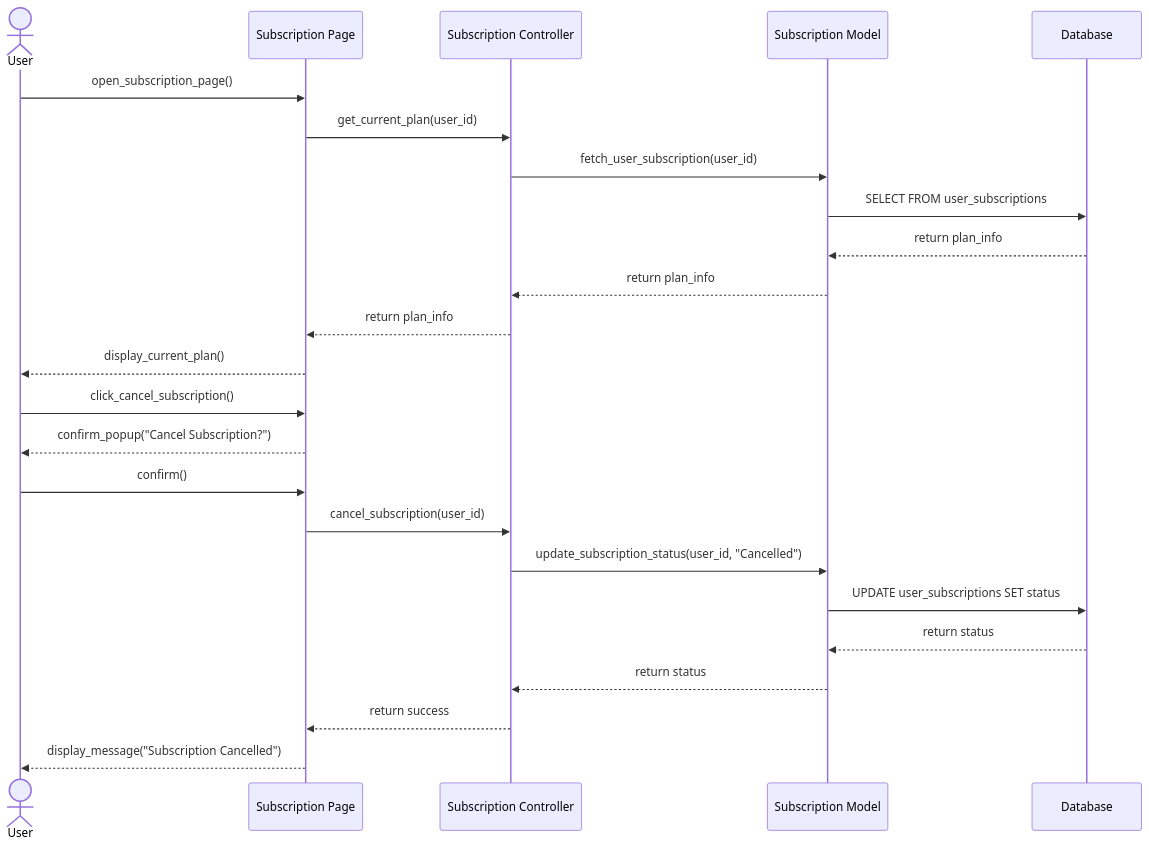
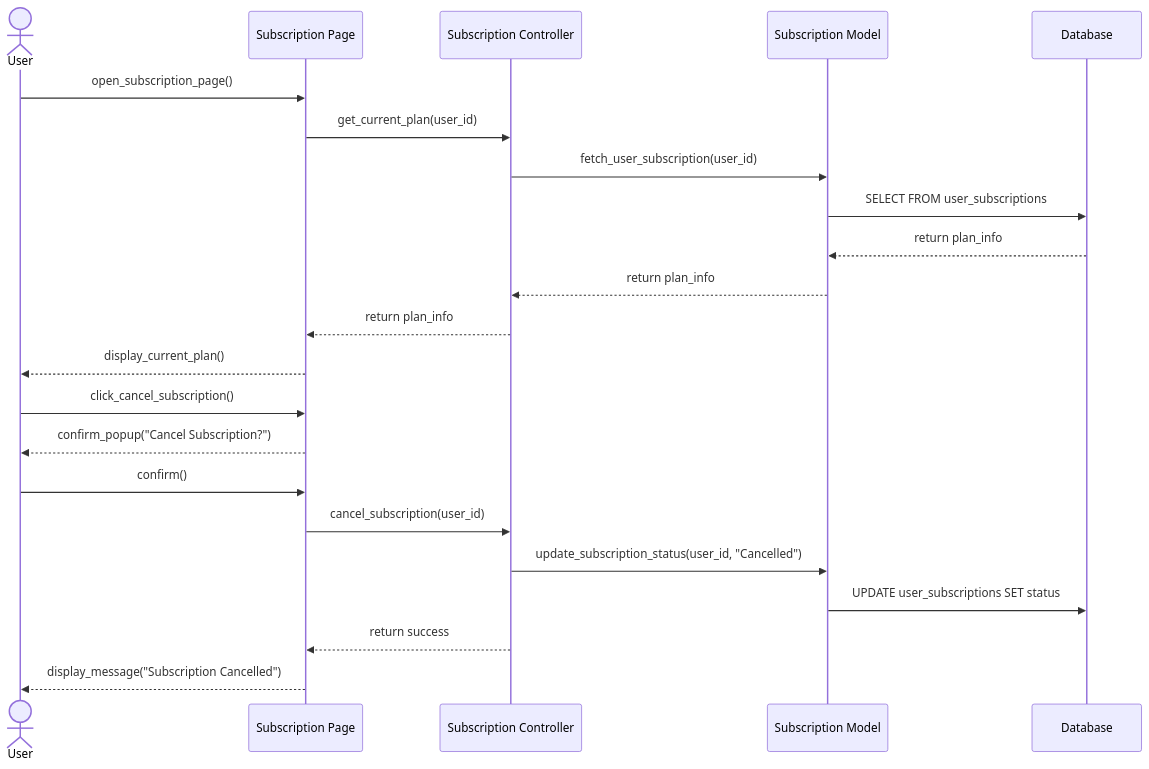
Diagram 20 of 20 in SYSTEM_DIAGRAMS.md (Tanaphat-Ken/ALPR-V2), drawn with Mermaid before and after one commit. The commit also changed other lines of this file, not shown here.

First line of the commit message:
docs: trim sequence diagrams and split combined flows into separate diagrams

````diff
--- a/SYSTEM_DIAGRAMS.md
+++ b/SYSTEM_DIAGRAMS.md
@@ -800,28 +767,26 @@
 ```mermaid
 sequenceDiagram
     actor User
     participant SubPage as Subscription Page
     participant SubController as Subscription Controller
     participant SubModel as Subscription Model
     participant DB as Database
 
     User->>SubPage: open_subscription_page()
     SubPage->>SubController: get_current_plan(user_id)
     SubController->>SubModel: fetch_user_subscription(user_id)
     SubModel->>DB: SELECT FROM user_subscriptions
     DB-->>SubModel: return plan_info
     SubModel-->>SubController: return plan_info
     SubController-->>SubPage: return plan_info
     SubPage-->>User: display_current_plan()
 
     User->>SubPage: click_cancel_subscription()
     SubPage-->>User: confirm_popup("Cancel Subscription?")
     User->>SubPage: confirm()
     SubPage->>SubController: cancel_subscription(user_id)
     SubController->>SubModel: update_subscription_status(user_id, "Cancelled")
     SubModel->>DB: UPDATE user_subscriptions SET status
-    DB-->>SubModel: return status
-    SubModel-->>SubController: return status
     SubController-->>SubPage: return success
     SubPage-->>User: display_message("Subscription Cancelled")
 ```
````
